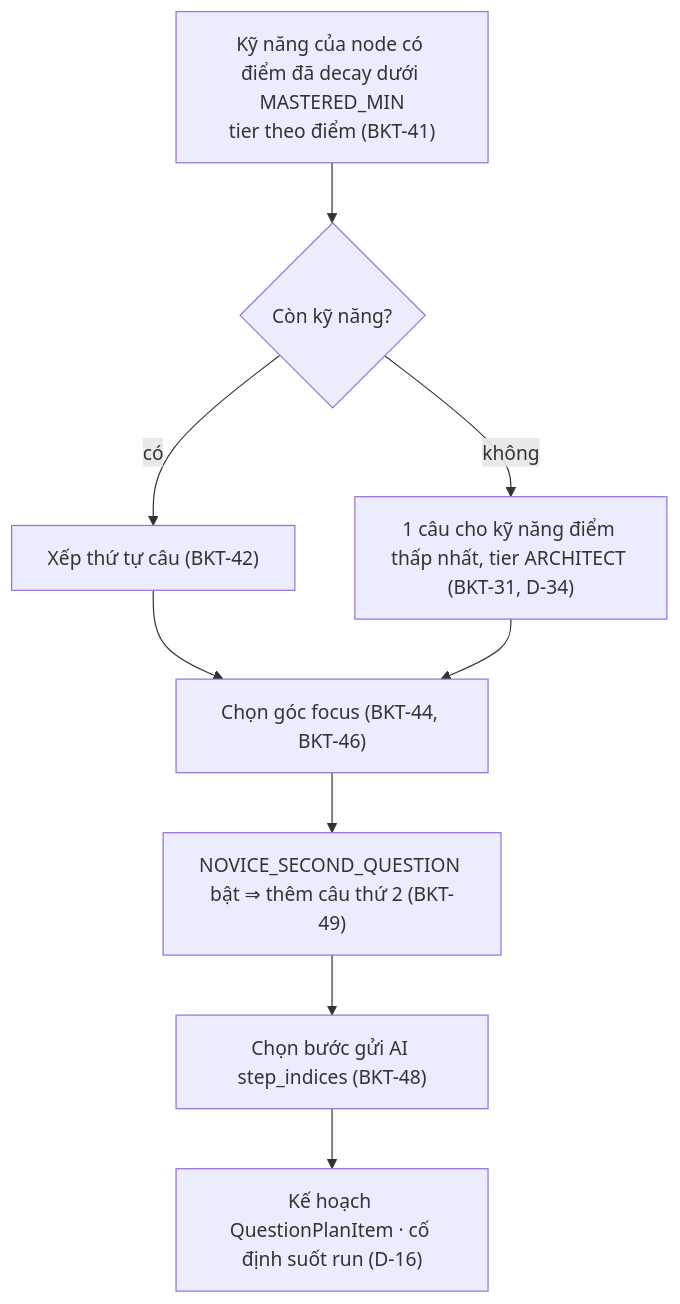
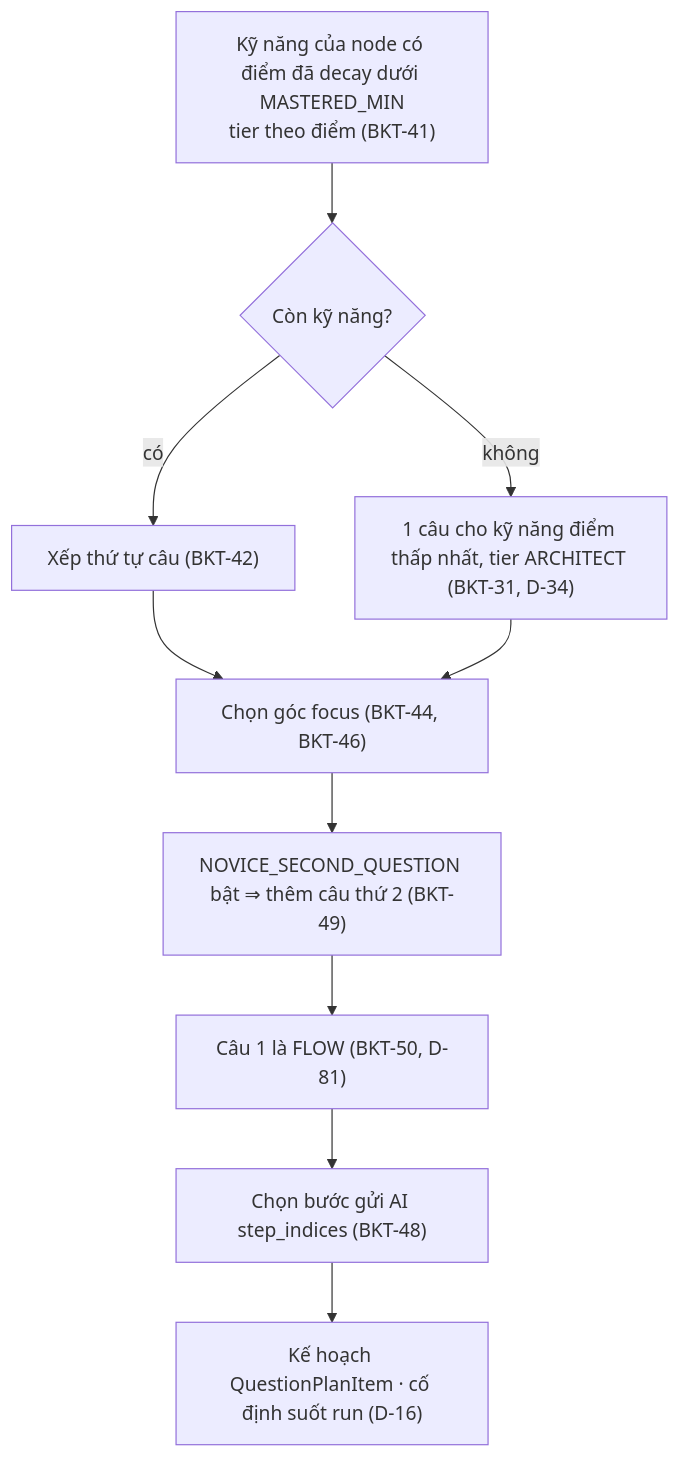
The second of 2 diagrams in docs/spec/22_BKT_VA_KE_HOACH_CAU_HOI.md (ThanhThien-coder/demo-HackathonSGU-2026), drawn with Mermaid before and after one commit. The commit also changed other lines of this file and 4 other files, not shown here.

````diff
--- a/docs/spec/22_BKT_VA_KE_HOACH_CAU_HOI.md
+++ b/docs/spec/22_BKT_VA_KE_HOACH_CAU_HOI.md
@@ -133,11 +133,12 @@
 ```mermaid
 flowchart TD
   L["Kỹ năng của node có điểm đã decay dưới MASTERED_MIN<br/>tier theo điểm (BKT-41)"] --> E{"Còn kỹ năng?"}
   E -- "không" --> CP["1 câu cho kỹ năng điểm thấp nhất, tier ARCHITECT (BKT-31, D-34)"]
   E -- "có" --> O["Xếp thứ tự câu (BKT-42)"]
   O --> F["Chọn góc focus (BKT-44, BKT-46)"]
   CP --> F
   F --> X["NOVICE_SECOND_QUESTION bật ⇒ thêm câu thứ 2 (BKT-49)"]
-  X --> S["Chọn bước gửi AI step_indices (BKT-48)"]
+  X --> FL["Câu 1 là FLOW (BKT-50, D-81)"]
+  FL --> S["Chọn bước gửi AI step_indices (BKT-48)"]
   S --> P["Kế hoạch QuestionPlanItem · cố định suốt run (D-16)"]
 ```
````
